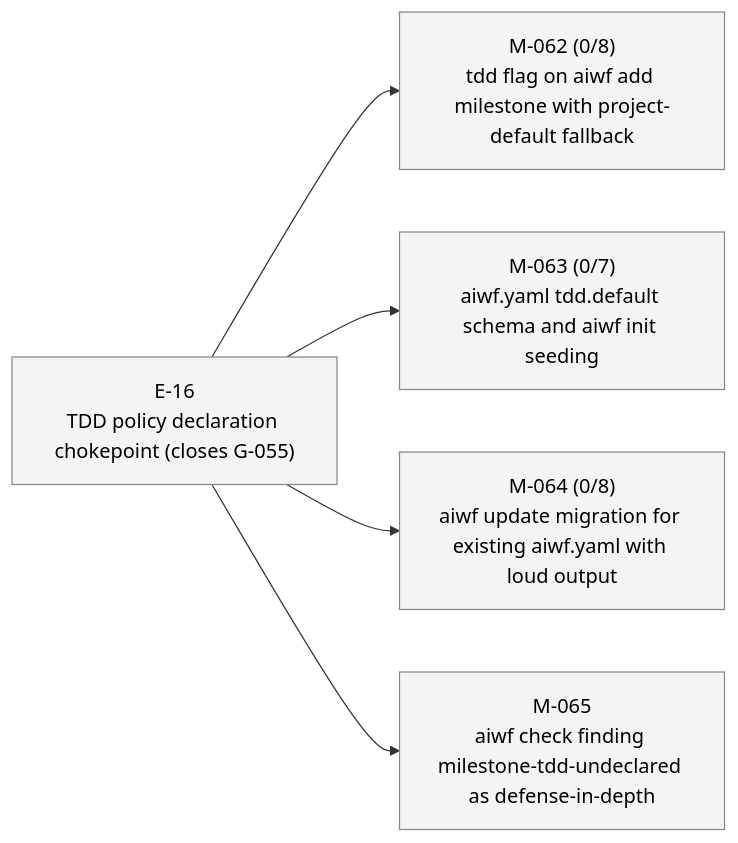
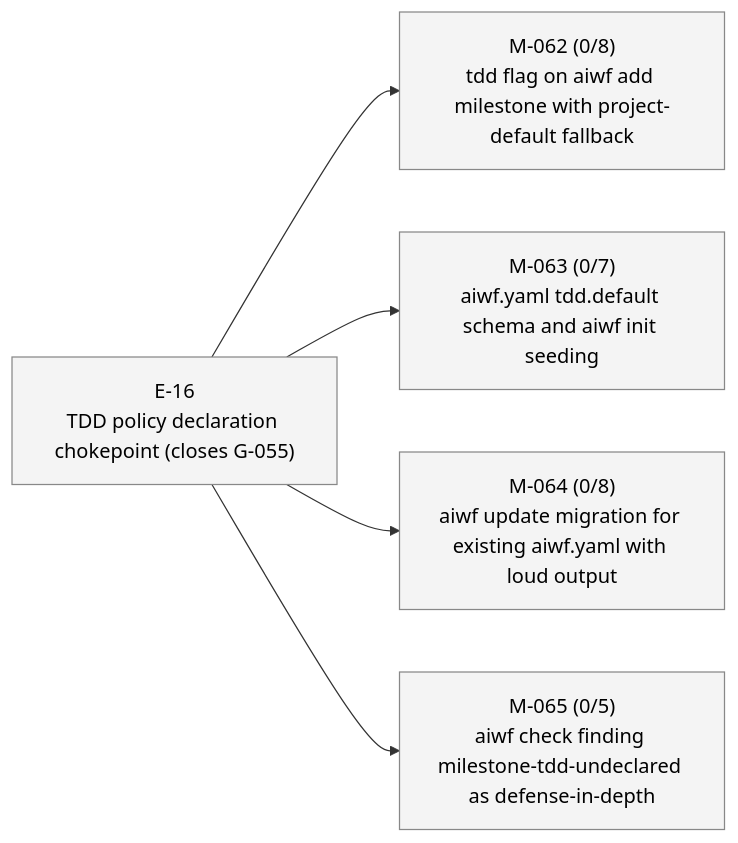
Before and after one commit to 23min/aiwf: the second of 2 diagrams in STATUS.md, drawn with Mermaid. The commit also changed other lines of this file and 1 other file, not shown here.

First line of the commit message:
aiwf add ac M-065 AC-1..AC-5 (5 criteria)

````diff
--- a/STATUS.md
+++ b/STATUS.md
@@ -35,18 +35,18 @@
 ```mermaid
 flowchart LR
   E_16["E-16<br/>TDD policy declaration chokepoint (closes G-055)"]:::epic_proposed
   M_062["M-062 (0/8)<br/>tdd flag on aiwf add milestone with project-default fallback"]:::ms_draft
   E_16 --> M_062
   M_063["M-063 (0/7)<br/>aiwf.yaml tdd.default schema and aiwf init seeding"]:::ms_draft
   E_16 --> M_063
   M_064["M-064 (0/8)<br/>aiwf update migration for existing aiwf.yaml with loud output"]:::ms_draft
   E_16 --> M_064
-  M_065["M-065<br/>aiwf check finding milestone-tdd-undeclared as defense-in-depth"]:::ms_draft
+  M_065["M-065 (0/5)<br/>aiwf check finding milestone-tdd-undeclared as defense-in-depth"]:::ms_draft
   E_16 --> M_065
   classDef epic_active fill:#d6eaff,stroke:#1a73e8,color:#000
   classDef epic_proposed fill:#f4f4f4,stroke:#888,color:#000
   classDef ms_done fill:#d8f5d8,stroke:#2a8a2a,color:#000
   classDef ms_in_progress fill:#fff3c4,stroke:#caa400,color:#000
   classDef ms_draft fill:#f4f4f4,stroke:#888,color:#000
   classDef ms_cancelled fill:#fbeaea,stroke:#c33,color:#000
 ```
````
